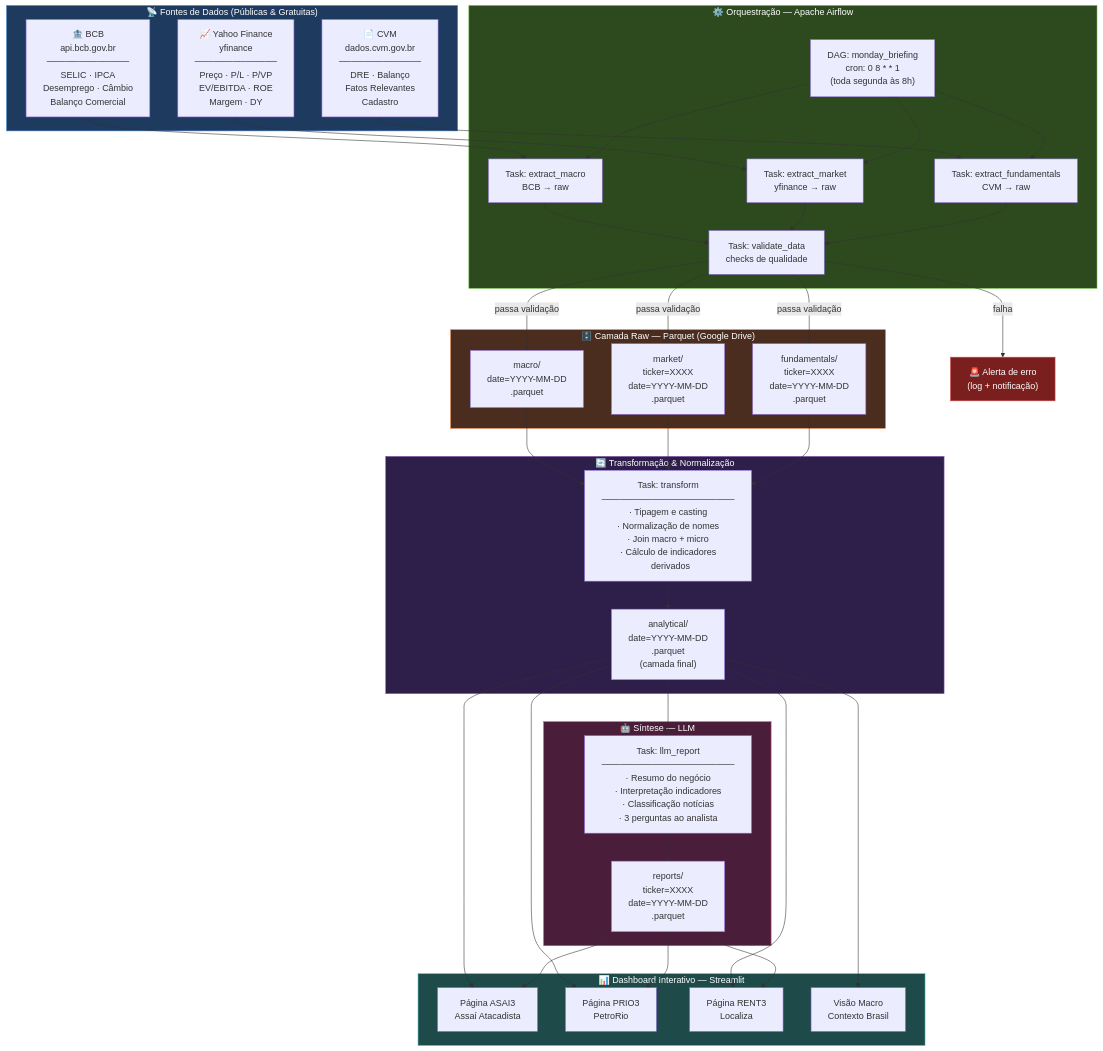
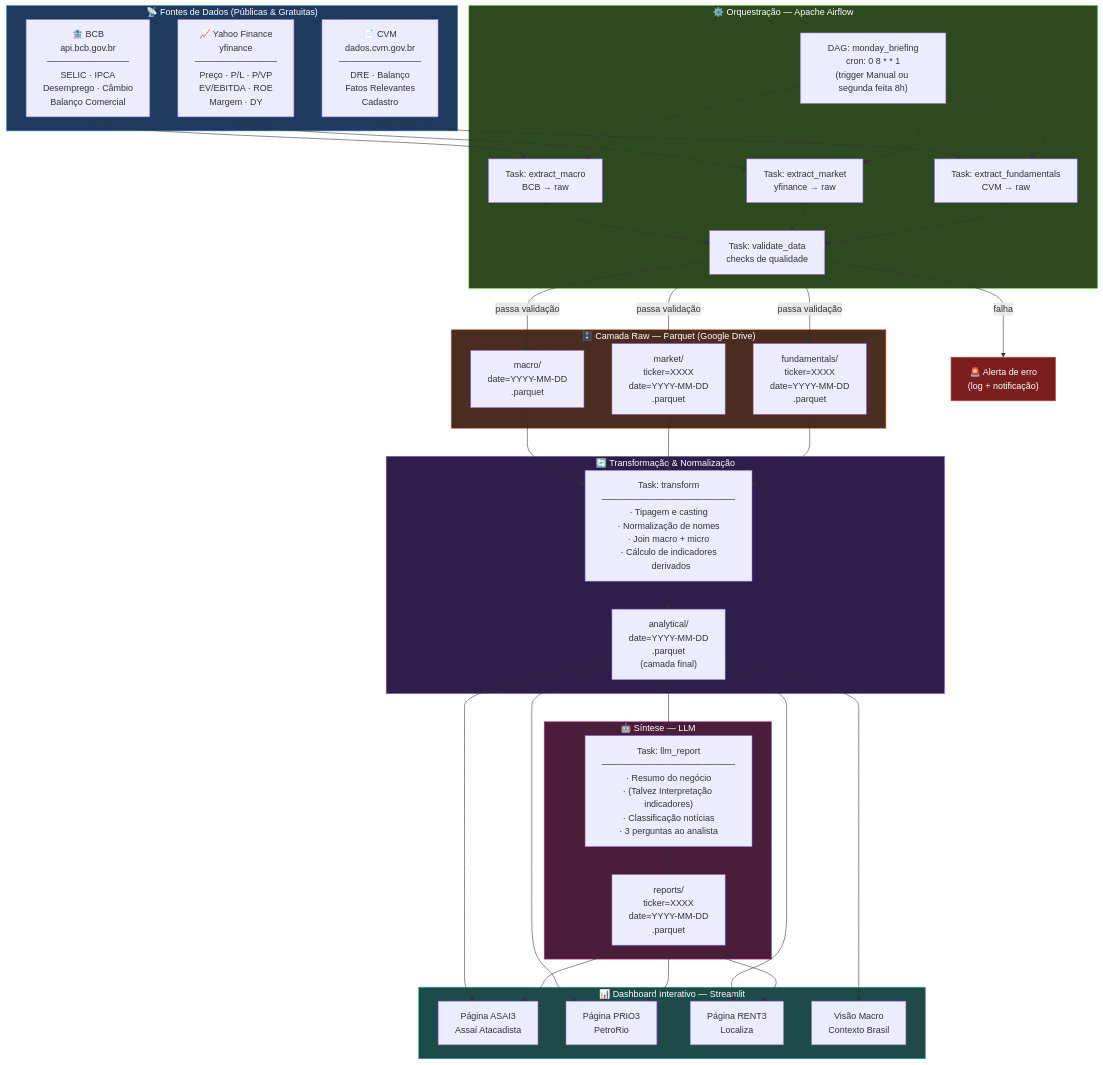
One commit to FelipeSchowantz/centralizador_de_analise changed the diagram in docs/arquitetura_pipeline.md. Above: the diagram before and after it, drawn with Mermaid. The commit also changed 14 other files, not shown here.

````diff
--- a/docs/arquitetura_pipeline.md
+++ b/docs/arquitetura_pipeline.md
@@ -3,75 +3,75 @@
 ```mermaid
 flowchart TD
 
     %% ─── FONTES DE DADOS ───────────────────────────────────────
     subgraph FONTES["📡 Fontes de Dados (Públicas & Gratuitas)"]
         BCB["🏦 BCB\napi.bcb.gov.br\n─────────────\nSELIC · IPCA\nDesemprego · Câmbio\nBalanço Comercial"]
         YF["📈 Yahoo Finance\nyfinance\n─────────────\nPreço · P/L · P/VP\nEV/EBITDA · ROE\nMargem · DY"]
         CVM["📄 CVM\ndados.cvm.gov.br\n─────────────\nDRE · Balanço\nFatos Relevantes\nCadastro"]
     end
 
     %% ─── ORQUESTRAÇÃO ──────────────────────────────────────────
     subgraph AIRFLOW["⚙️ Orquestração — Apache Airflow"]
-        DAG["DAG: monday_briefing\ncron: 0 8 * * 1\n(toda segunda às 8h)"]
+        DAG["DAG: monday_briefing\ncron: 0 8 * * 1\n(trigger Manual ou segunda feita 8h)"]
         T1["Task: extract_macro\nBCB → raw"]
         T2["Task: extract_market\nyfinance → raw"]
         T3["Task: extract_fundamentals\nCVM → raw"]
         T4["Task: validate_data\nchecks de qualidade"]
     end
 
     %% ─── ARMAZENAMENTO RAW ─────────────────────────────────────
     subgraph RAW["🗄️ Camada Raw — Parquet (Google Drive)"]
         P1["macro/\ndate=YYYY-MM-DD\n.parquet"]
         P2["market/\nticker=XXXX\ndate=YYYY-MM-DD\n.parquet"]
         P3["fundamentals/\nticker=XXXX\ndate=YYYY-MM-DD\n.parquet"]
     end
 
     %% ─── TRANSFORMAÇÃO ─────────────────────────────────────────
     subgraph TRANSFORM["🔄 Transformação & Normalização"]
         T5["Task: transform\n─────────────────────\n· Tipagem e casting\n· Normalização de nomes\n· Join macro + micro\n· Cálculo de indicadores\n  derivados"]
         P4["analytical/\ndate=YYYY-MM-DD\n.parquet\n(camada final)"]
     end
 
     %% ─── SÍNTESE LLM ────────────────────────────────────────────
     subgraph LLM["🤖 Síntese — LLM"]
-        T6["Task: llm_report\n─────────────────────\n· Resumo do negócio\n· Interpretação indicadores\n· Classificação notícias\n· 3 perguntas ao analista"]
+        T6["Task: llm_report\n─────────────────────\n· Resumo do negócio\n· (Talvez Interpretação indicadores)\n· Classificação notícias\n· 3 perguntas ao analista"]
         P5["reports/\nticker=XXXX\ndate=YYYY-MM-DD\n.parquet"]
     end
 
     %% ─── DASHBOARD ─────────────────────────────────────────────
     subgraph DASH["📊 Dashboard Interativo — Streamlit"]
         D1["Página ASAI3\nAssaí Atacadista"]
         D2["Página PRIO3\nPetroRio"]
         D3["Página RENT3\nLocaliza"]
         D4["Visão Macro\nContexto Brasil"]
     end
 
     %% ─── FLUXO PRINCIPAL ────────────────────────────────────────
     BCB --> T1
     YF  --> T2
     CVM --> T3
 
     DAG --> T1 & T2 & T3
     T1 & T2 & T3 --> T4
 
     T4 -->|passa validação| P1 & P2 & P3
     T4 -->|falha| ALERT["🚨 Alerta de erro\n(log + notificação)"]
 
     P1 & P2 & P3 --> T5
     T5 --> P4
 
     P4 --> T6
     T6 --> P5
 
     P4 --> D1 & D2 & D3 & D4
     P5 --> D1 & D2 & D3
 
     %% ─── ESTILOS ────────────────────────────────────────────────
     style FONTES   fill:#1e3a5f,color:#fff,stroke:#4a90d9
     style AIRFLOW  fill:#2d4a1e,color:#fff,stroke:#6abf40
     style RAW      fill:#4a2d1e,color:#fff,stroke:#d97a40
     style TRANSFORM fill:#2d1e4a,color:#fff,stroke:#9b6abf
     style LLM      fill:#4a1e3a,color:#fff,stroke:#d94a8c
     style DASH     fill:#1e4a4a,color:#fff,stroke:#40bfbf
     style ALERT    fill:#7a1e1e,color:#fff,stroke:#d94a4a
 ```
````
